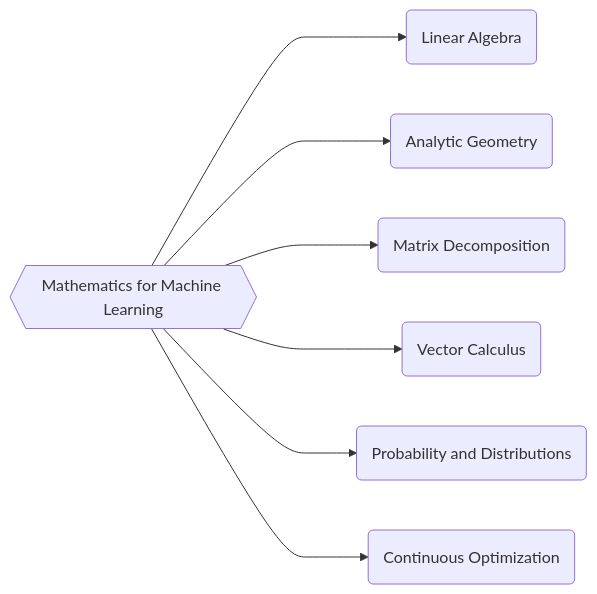
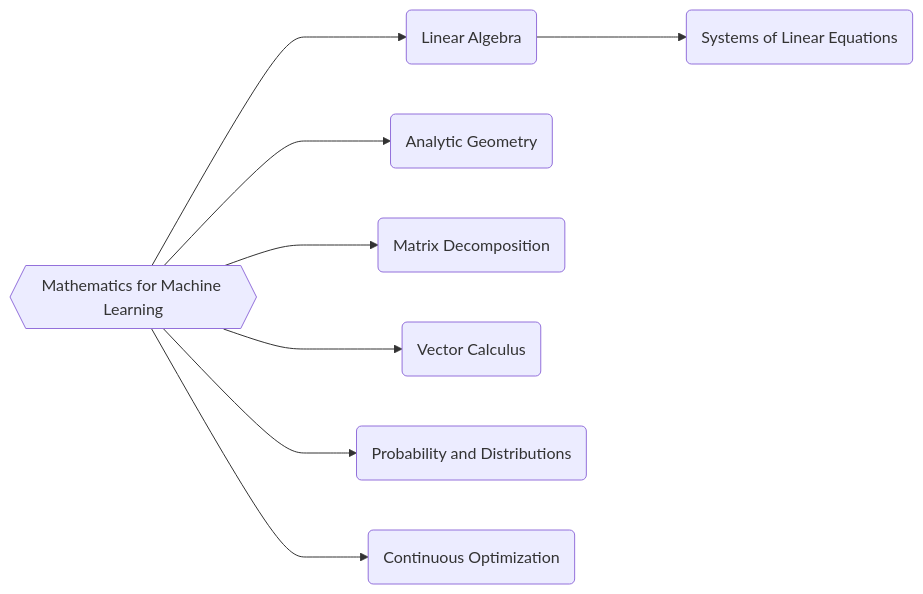
One commit to nklvjp/zzzzzzzzz changed the diagram in e.md. Above: the diagram before and after it, drawn with Mermaid.

````diff
--- a/e.md
+++ b/e.md
@@ -1,9 +1,10 @@
 ```mermaid
 flowchart LR
-    1{{Mathematics for Machine Learning}} ---> 2(Linear Algebra)
-    1 ---> 3(Analytic Geometry)
-    1 ---> 4(Matrix Decomposition)
-    1 ---> 5(Vector Calculus)
-    1 ---> 6(Probability and Distributions)
-    1 ---> 7(Continuous Optimization)
+    A{{Mathematics for Machine Learning}} ---> B(Linear Algebra)
+    A ---> C(Analytic Geometry)
+    A ---> D(Matrix Decomposition)
+    A ---> E(Vector Calculus)
+    A ---> F(Probability and Distributions)
+    A ---> G(Continuous Optimization)
+    B ---> B2(Systems of Linear Equations)
 ```
````
